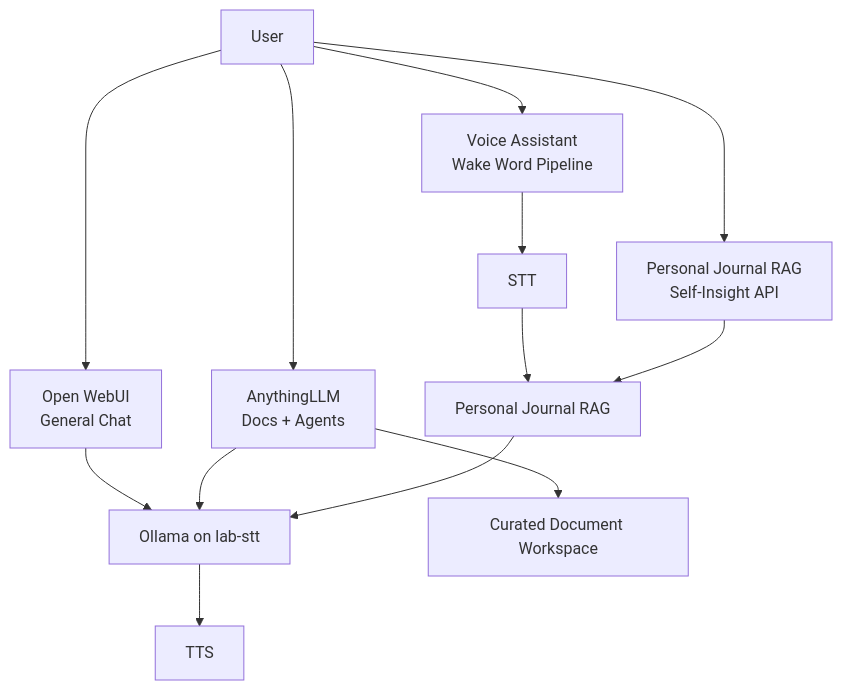
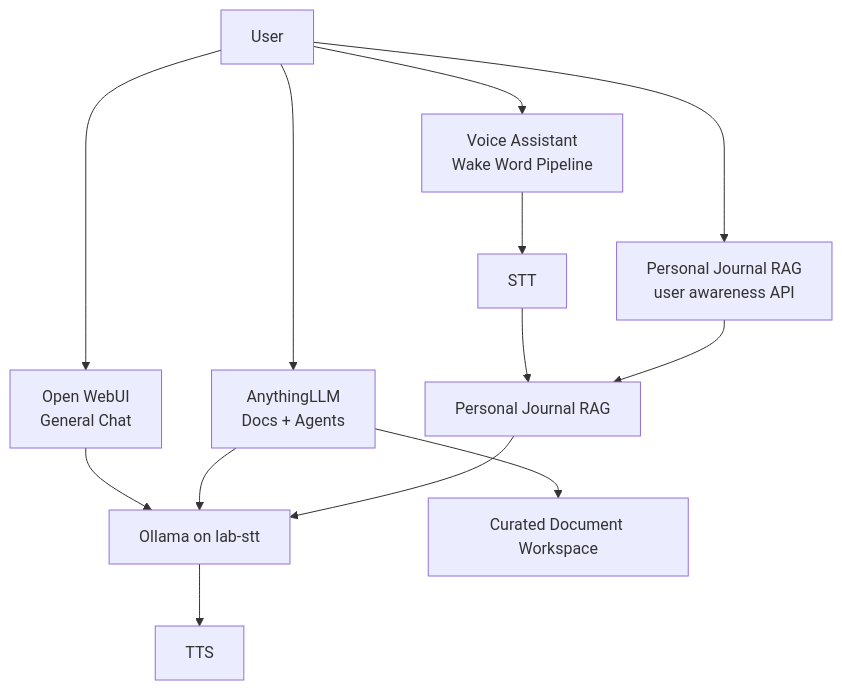
Before and after one commit to jeff-breece/jeff-breece.github.io: the fourth of 4 diagrams in _posts/2026-06-15-adr-anythingllm.md, drawn with Mermaid. The commit also changed other lines of this file, not shown here.

````diff
--- a/_posts/2026-06-15-adr-anythingllm.md
+++ b/_posts/2026-06-15-adr-anythingllm.md
@@ -452,20 +452,20 @@
 ```mermaid
 flowchart TD
   USER["User"]
 
   USER --> WEBUI["Open WebUI<br/>General Chat"]
   USER --> ANYTHING["AnythingLLM<br/>Docs + Agents"]
   USER --> VOICE["Voice Assistant<br/>Wake Word Pipeline"]
-  USER --> JRAG_UI["Personal Journal RAG<br/>Self-Insight API"]
+  USER --> JRAG_UI["Personal Journal RAG<br/>user awareness API"]
 
   WEBUI --> OLLAMA["Ollama on lab-stt"]
   ANYTHING --> DOCS["Curated Document Workspace"]
   ANYTHING --> OLLAMA
 
   VOICE --> STT["STT"]
   STT --> JRAG["Personal Journal RAG"]
   JRAG --> OLLAMA
   OLLAMA --> TTS["TTS"]
 
   JRAG_UI --> JRAG
 ```
````
